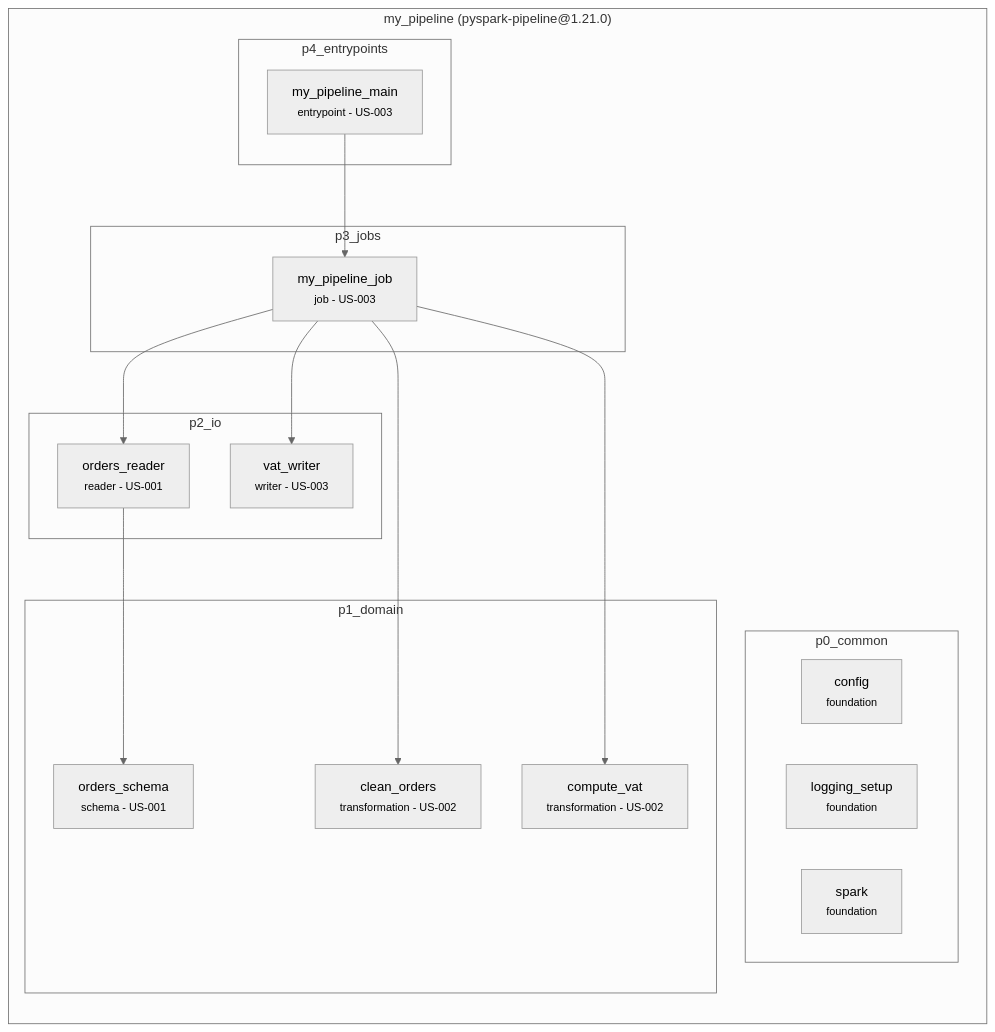
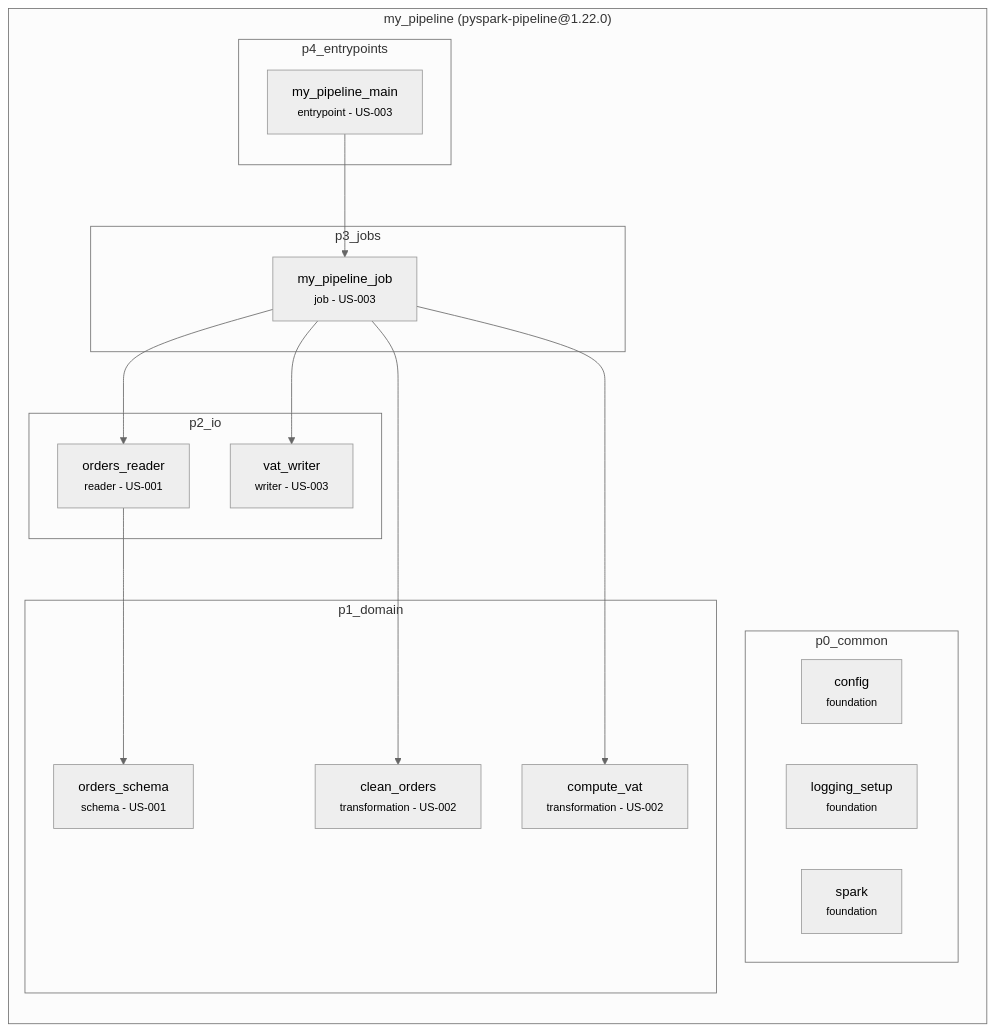
One commit to archvow/archvow-plugin changed the diagram in contract/archvow/examples/pyspark-pipeline/.archvow/spec.md. Above: the diagram before and after it, drawn with Mermaid (neutral theme). The commit also changed other lines of this file and 87 other files, not shown here.

````diff
--- a/contract/archvow/examples/pyspark-pipeline/.archvow/spec.md
+++ b/contract/archvow/examples/pyspark-pipeline/.archvow/spec.md
@@ -11,33 +11,33 @@
 ```mermaid
 flowchart TB
-  subgraph my_pipeline["my_pipeline (pyspark-pipeline@1.21.0)"]
+  subgraph my_pipeline["my_pipeline (pyspark-pipeline@1.22.0)"]
     direction TB
     subgraph my_pipeline__p0_common["p0_common"]
       my_pipeline__config["config<br/><small>foundation</small>"]
       my_pipeline__logging_setup["logging_setup<br/><small>foundation</small>"]
       my_pipeline__spark["spark<br/><small>foundation</small>"]
     end
     subgraph my_pipeline__p1_domain["p1_domain"]
       my_pipeline__clean_orders["clean_orders<br/><small>transformation - US-002</small>"]
       my_pipeline__compute_vat["compute_vat<br/><small>transformation - US-002</small>"]
       my_pipeline__orders_schema["orders_schema<br/><small>schema - US-001</small>"]
     end
     subgraph my_pipeline__p2_io["p2_io"]
       my_pipeline__orders_reader["orders_reader<br/><small>reader - US-001</small>"]
       my_pipeline__vat_writer["vat_writer<br/><small>writer - US-003</small>"]
     end
     subgraph my_pipeline__p3_jobs["p3_jobs"]
       my_pipeline__my_pipeline_job["my_pipeline_job<br/><small>job - US-003</small>"]
     end
     subgraph my_pipeline__p4_entrypoints["p4_entrypoints"]
       my_pipeline__my_pipeline_main["my_pipeline_main<br/><small>entrypoint - US-003</small>"]
     end
   end
   my_pipeline__orders_reader --> my_pipeline__orders_schema
   my_pipeline__my_pipeline_job --> my_pipeline__orders_reader
   my_pipeline__my_pipeline_job --> my_pipeline__clean_orders
   my_pipeline__my_pipeline_job --> my_pipeline__compute_vat
   my_pipeline__my_pipeline_job --> my_pipeline__vat_writer
   my_pipeline__my_pipeline_main --> my_pipeline__my_pipeline_job
   classDef empty fill:none,stroke:none
 ```
````
